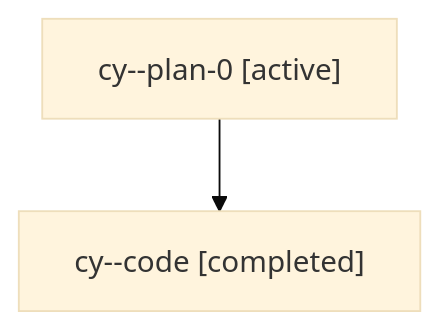
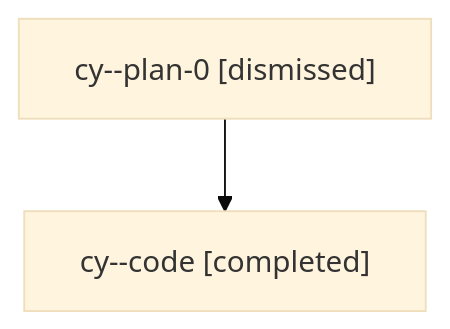
One commit to sase-org/sase--agents changed the diagram in sessions/bbugyi200.athena.cy.md. Above: the diagram before and after it, drawn with Mermaid (base theme). The commit also changed other lines of this file and 35 other files, not shown here.

````diff
--- a/sessions/bbugyi200.athena.cy.md
+++ b/sessions/bbugyi200.athena.cy.md
@@ -9,6 +9,6 @@
 ```mermaid
 flowchart TD
-  n0["cy--plan-0 [active]"]
+  n0["cy--plan-0 [dismissed]"]
   n1["cy--code [completed]"]
   n0 --> n1
 ```
````
